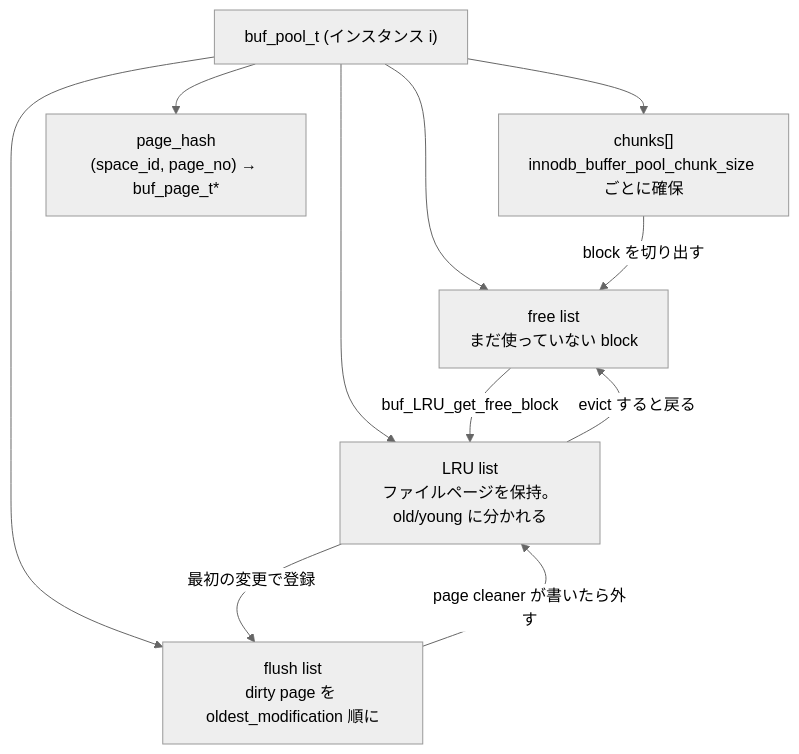
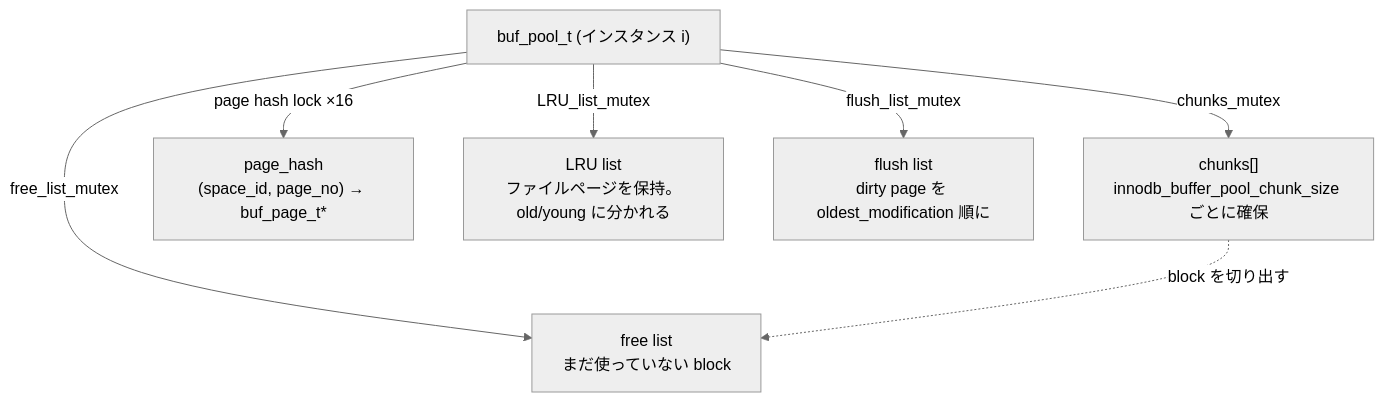
One commit to sakurai-ryo/learning-from-oss changed the second of 6 diagrams in src/content/docs/oss/mysql/buffer-pool-walkthrough.md. Above: the diagram before and after it, drawn with Mermaid (neutral theme). The commit also changed other lines of this file and 3 other files, not shown here.

First line of the commit message:
MySQL 章のバッファプールにオンメモリ構造と I/O 完了処理の図解を追加

````diff
--- a/src/content/docs/oss/mysql/buffer-pool-walkthrough.md
+++ b/src/content/docs/oss/mysql/buffer-pool-walkthrough.md
@@ -87,14 +105,10 @@
 ```mermaid
 flowchart TD
     POOL["buf_pool_t (インスタンス i)"]
-    POOL --> CH["chunks[]<br/>innodb_buffer_pool_chunk_size ごとに確保"]
-    POOL --> PH["page_hash<br/>(space_id, page_no) → buf_page_t*"]
-    POOL --> FREE["free list<br/>まだ使っていない block"]
-    POOL --> LRU["LRU list<br/>ファイルページを保持。old/young に分かれる"]
-    POOL --> FL["flush list<br/>dirty page を oldest_modification 順に"]
-    CH -->|"block を切り出す"| FREE
-    FREE -->|"buf_LRU_get_free_block"| LRU
-    LRU -->|"最初の変更で登録"| FL
-    FL -->|"page cleaner が書いたら外す"| LRU
-    LRU -->|"evict すると戻る"| FREE
+    POOL -->|"chunks_mutex"| CH["chunks[]<br/>innodb_buffer_pool_chunk_size ごとに確保"]
+    POOL -->|"page hash lock ×16"| PH["page_hash<br/>(space_id, page_no) → buf_page_t*"]
+    POOL -->|"free_list_mutex"| FREE["free list<br/>まだ使っていない block"]
+    POOL -->|"LRU_list_mutex"| LRU["LRU list<br/>ファイルページを保持。old/young に分かれる"]
+    POOL -->|"flush_list_mutex"| FL["flush list<br/>dirty page を oldest_modification 順に"]
+    CH -.->|"block を切り出す"| FREE
 ```
````
